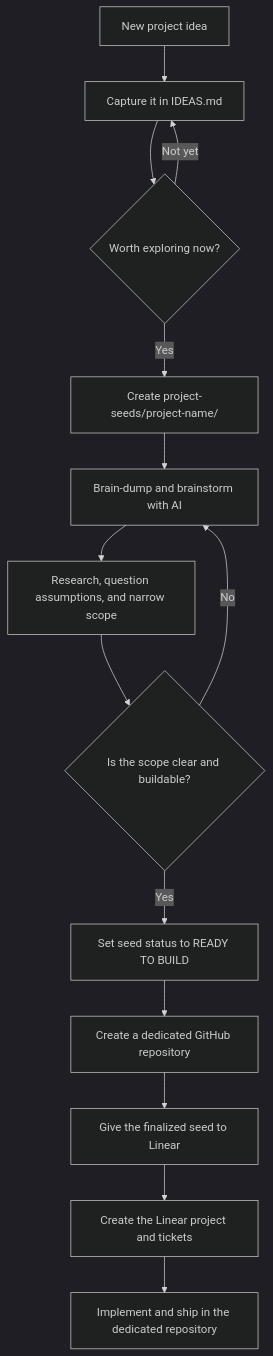
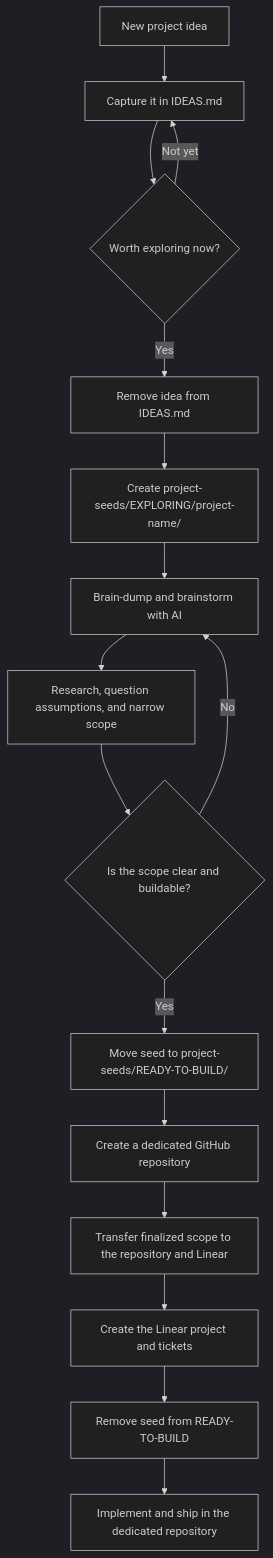
One commit to parjanay/personal-notes changed the diagram in README.md. Above: the diagram before and after it, drawn with Mermaid (dark theme). The commit also changed other lines of this file and 4 other files, not shown here.

Commit message:
Refine project seed lifecycle

````diff
--- a/README.md
+++ b/README.md
@@ -14,16 +15,18 @@
 ```mermaid
 flowchart TD
     A[New project idea] --> B[Capture it in IDEAS.md]
     B --> C{Worth exploring now?}
     C -- Not yet --> B
-    C -- Yes --> D[Create project-seeds/project-name/]
-    D --> E[Brain-dump and brainstorm with AI]
-    E --> F[Research, question assumptions, and narrow scope]
-    F --> G{Is the scope clear and buildable?}
-    G -- No --> E
-    G -- Yes --> H[Set seed status to READY TO BUILD]
-    H --> I[Create a dedicated GitHub repository]
-    I --> J[Give the finalized seed to Linear]
-    J --> K[Create the Linear project and tickets]
-    K --> L[Implement and ship in the dedicated repository]
+    C -- Yes --> D[Remove idea from IDEAS.md]
+    D --> E[Create project-seeds/EXPLORING/project-name/]
+    E --> F[Brain-dump and brainstorm with AI]
+    F --> G[Research, question assumptions, and narrow scope]
+    G --> H{Is the scope clear and buildable?}
+    H -- No --> F
+    H -- Yes --> I[Move seed to project-seeds/READY-TO-BUILD/]
+    I --> J[Create a dedicated GitHub repository]
+    J --> K[Transfer finalized scope to the repository and Linear]
+    K --> L[Create the Linear project and tickets]
+    L --> M[Remove seed from READY-TO-BUILD]
+    M --> N[Implement and ship in the dedicated repository]
 ```
````
